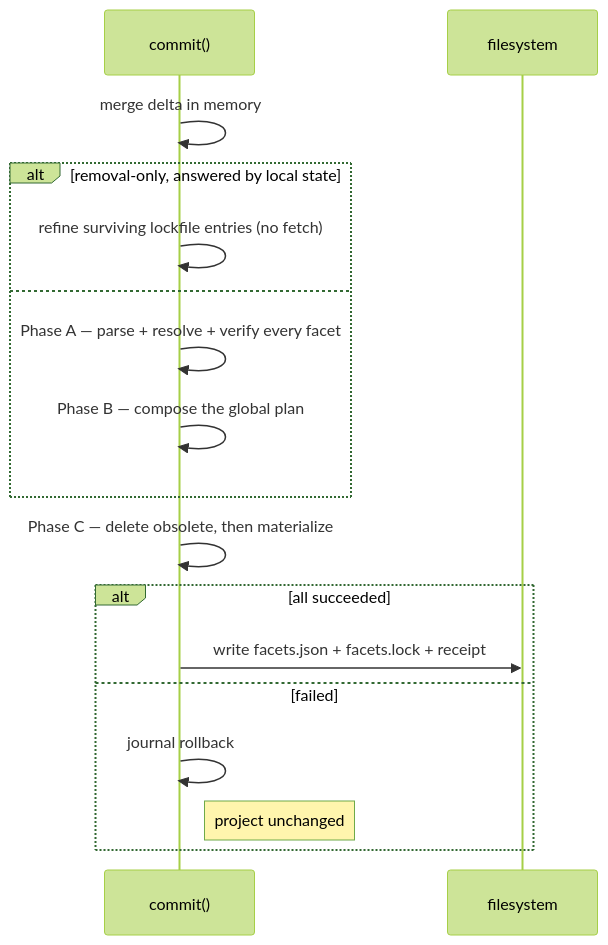
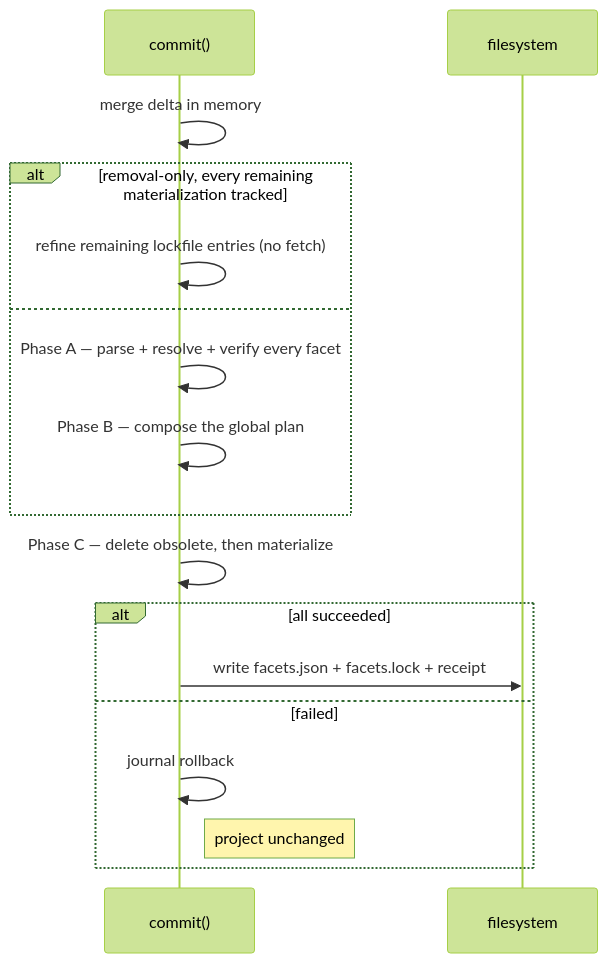
The fifth of 5 diagrams in docs/specification/commit.mdx (agent-facets/facets), drawn with Mermaid (forest theme) before and after one commit. The commit also changed other lines of this file and 30 other files, not shown here.

First line of the commit message:
Receipt-only deletion: untracked materializations are never deleted, lockfile cannot authorize removal (#488)

````diff
--- a/docs/specification/commit.mdx
+++ b/docs/specification/commit.mdx
@@ -278,19 +293,19 @@
 ```mermaid
 sequenceDiagram
     participant Commit as commit()
     participant FS as filesystem
     Commit->>Commit: merge delta in memory
-    alt removal-only, answered by local state
-        Commit->>Commit: refine surviving lockfile entries (no fetch)
+    alt removal-only, every remaining materialization tracked
+        Commit->>Commit: refine remaining lockfile entries (no fetch)
     else
         Commit->>Commit: Phase A — parse + resolve + verify every facet
         Commit->>Commit: Phase B — compose the global plan
     end
     Commit->>Commit: Phase C — delete obsolete, then materialize
     alt all succeeded
         Commit->>FS: write facets.json + facets.lock + receipt
     else failed
         Commit->>Commit: journal rollback
         Note right of Commit: project unchanged
     end
 ```
````
